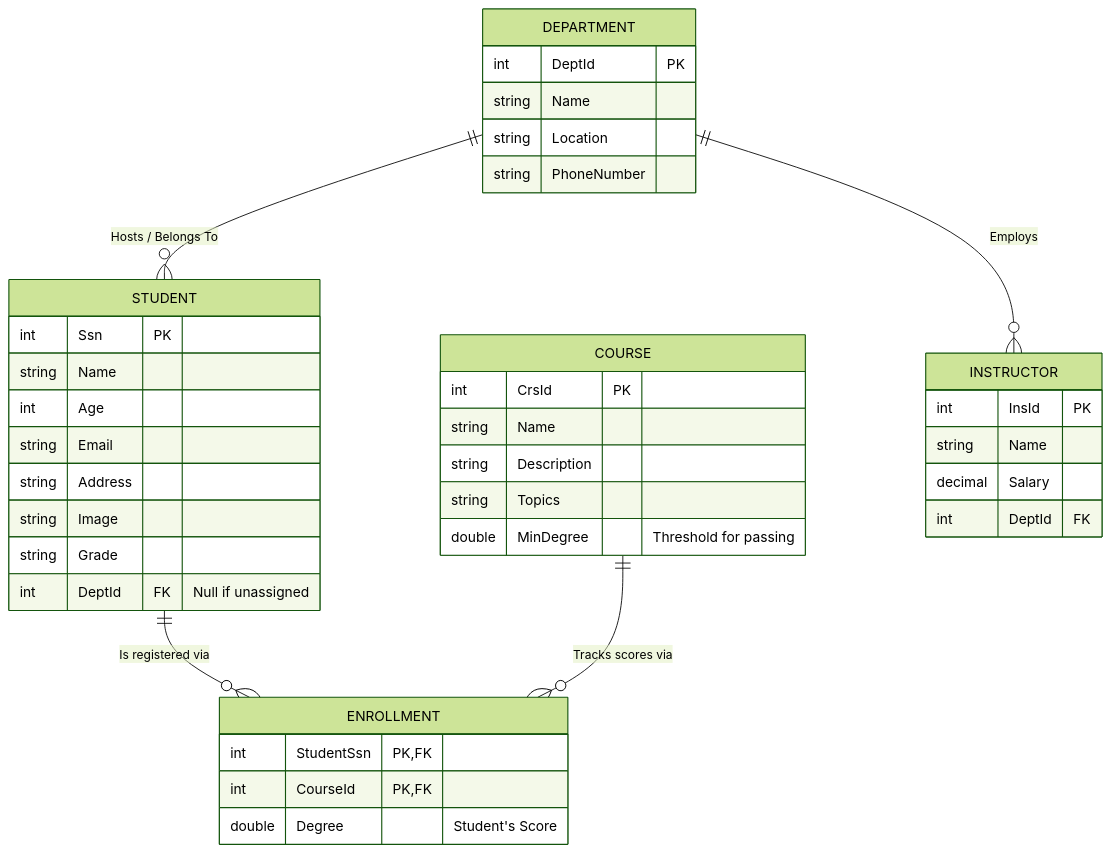
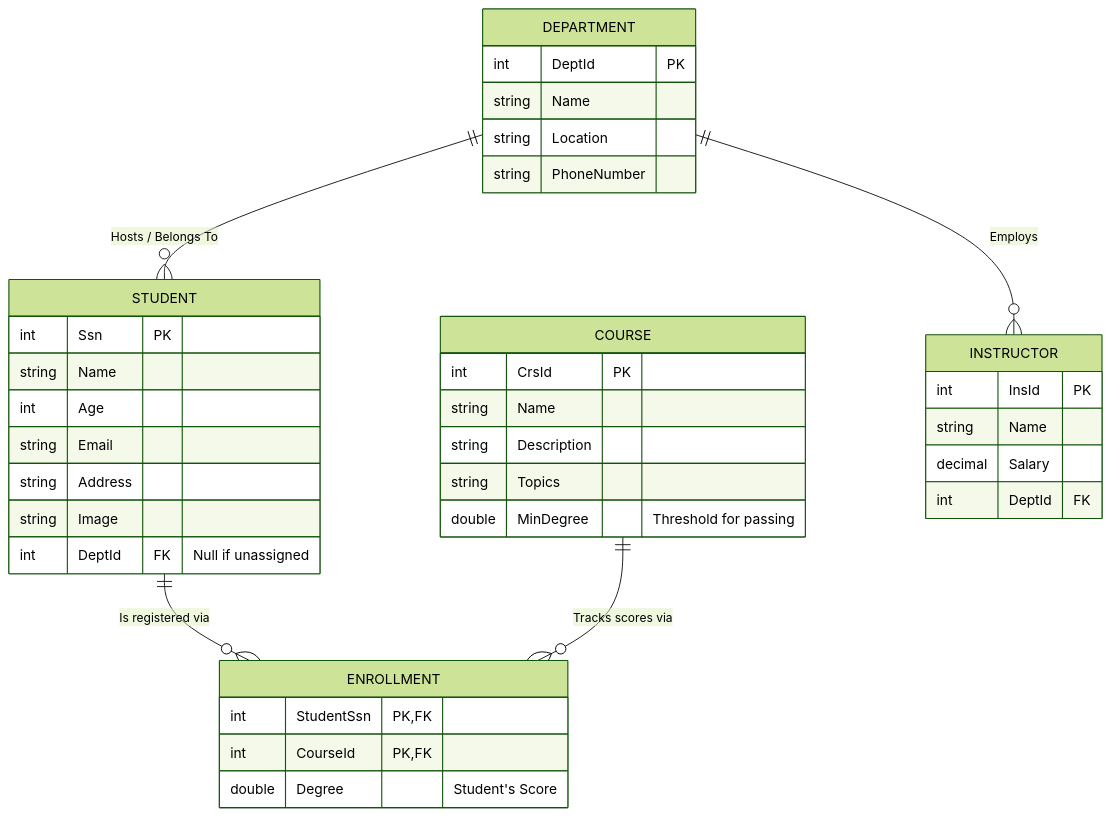
Before and after one commit to NourhanKhaled23/E-learning_MVC_ASP.net-Core_Course: the diagram in README.md, drawn with Mermaid (forest theme). The commit also changed 7 other files, not shown here.

````diff
--- a/README.md
+++ b/README.md
@@ -26,42 +26,41 @@
 ```mermaid
 erDiagram
     STUDENT {
         int Ssn PK
         string Name
         int Age
         string Email
         string Address
         string Image
-        string Grade
         int DeptId FK "Null if unassigned"
     }
     DEPARTMENT {
         int DeptId PK
         string Name
         string Location
         string PhoneNumber
     }
     COURSE {
         int CrsId PK
         string Name
         string Description
         string Topics
         double MinDegree "Threshold for passing"
     }
     ENROLLMENT {
         int StudentSsn PK, FK
         int CourseId PK, FK
         double Degree "Student's Score"
     }
     INSTRUCTOR {
         int InsId PK
         string Name
         decimal Salary
         int DeptId FK
     }
 
     DEPARTMENT ||--o{ STUDENT : "Hosts / Belongs To"
     DEPARTMENT ||--o{ INSTRUCTOR : "Employs"
     STUDENT ||--o{ ENROLLMENT : "Is registered via"
     COURSE ||--o{ ENROLLMENT : "Tracks scores via"
 ```
````
